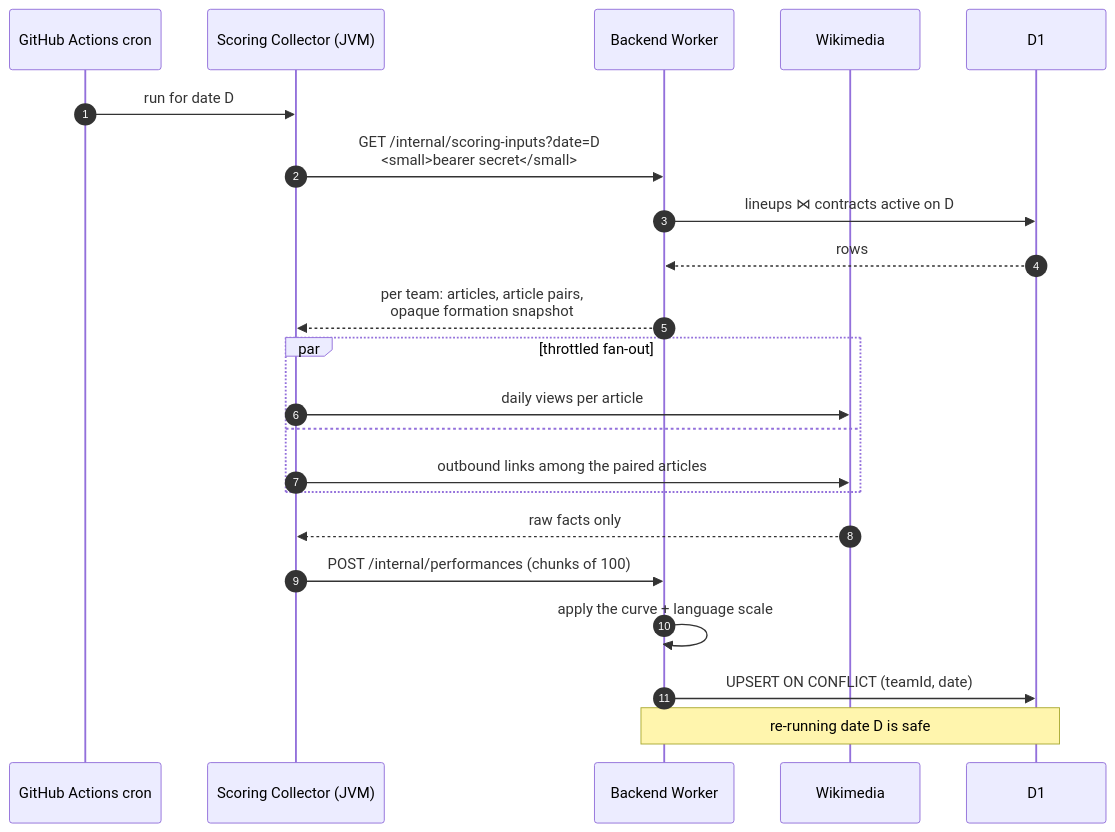
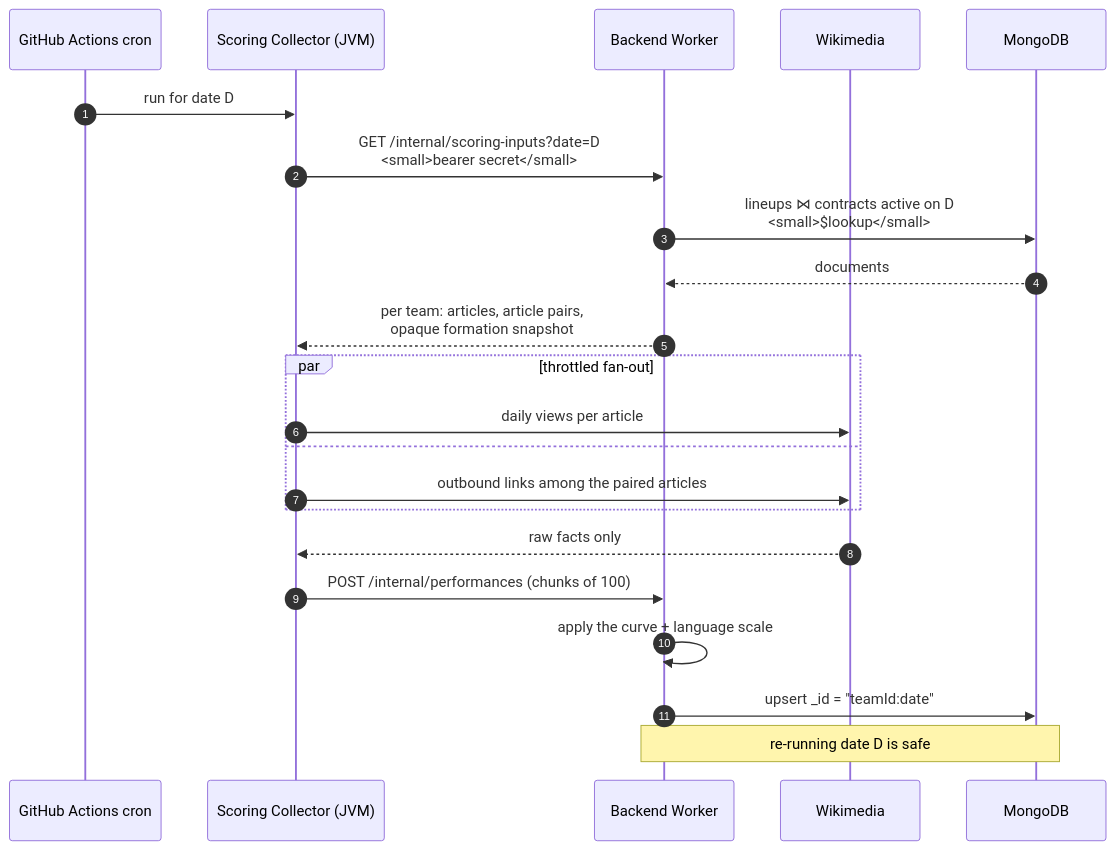
The fourth of 6 diagrams in docs/site/pages/architecture/data-flow.md (FantasyWiki/FantasyWiki), drawn with Mermaid before and after one commit. The commit also changed other lines of this file and 48 other files, not shown here.

````diff
--- a/docs/site/pages/architecture/data-flow.md
+++ b/docs/site/pages/architecture/data-flow.md
@@ -150,27 +164,27 @@
 ```mermaid
 sequenceDiagram
   autonumber
   participant CR as GitHub Actions cron
   participant CO as Scoring Collector (JVM)
   participant BE as Backend Worker
   participant WM as Wikimedia
-  participant D1 as D1
+  participant DB as MongoDB
 
   CR->>CO: run for date D
   CO->>BE: GET /internal/scoring-inputs?date=D<br/><small>bearer secret</small>
-  BE->>D1: lineups ⋈ contracts active on D
-  D1-->>BE: rows
+  BE->>DB: lineups ⋈ contracts active on D<br/><small>$lookup</small>
+  DB-->>BE: documents
   BE-->>CO: per team: articles, article pairs,<br/>opaque formation snapshot
 
   par throttled fan-out
     CO->>WM: daily views per article
   and
     CO->>WM: outbound links among the paired articles
   end
   WM-->>CO: raw facts only
 
   CO->>BE: POST /internal/performances (chunks of 100)
   BE->>BE: apply the curve + language scale
-  BE->>D1: UPSERT ON CONFLICT (teamId, date)
-  Note over BE,D1: re-running date D is safe
+  BE->>DB: upsert _id = "teamId:date"
+  Note over BE,DB: re-running date D is safe
 ```
````
